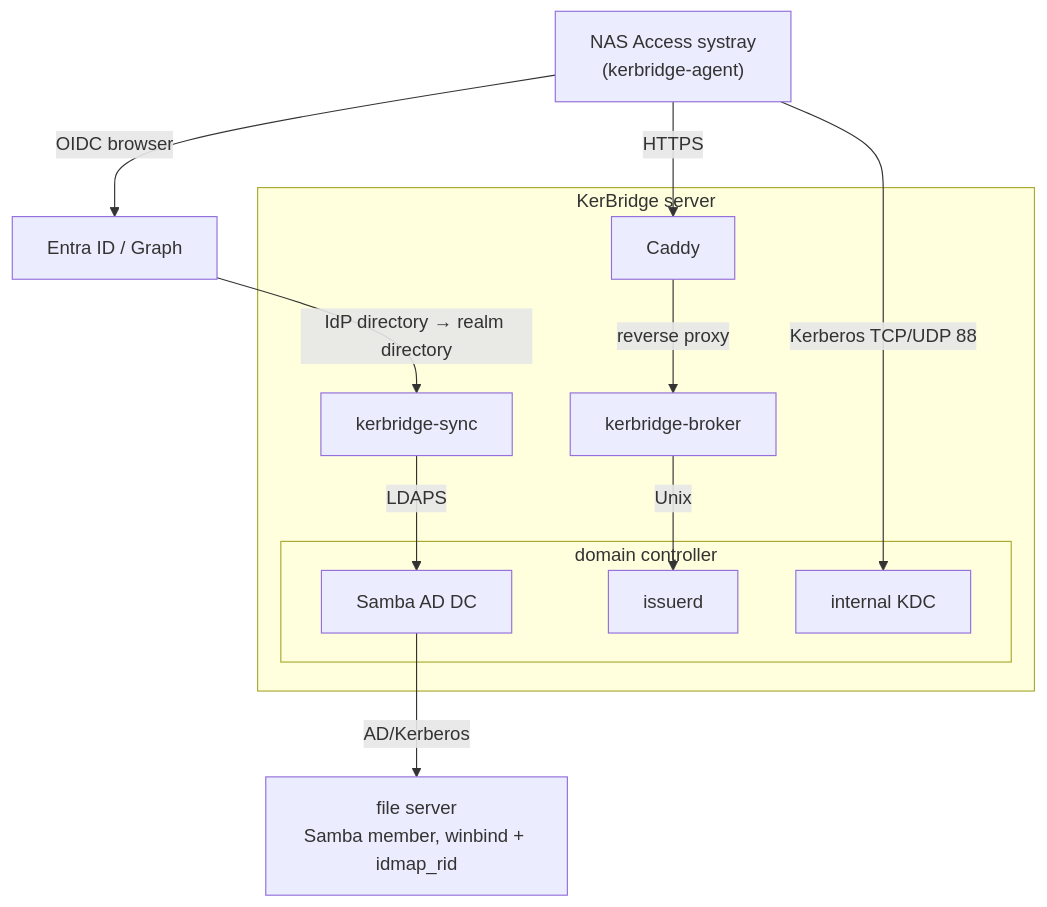
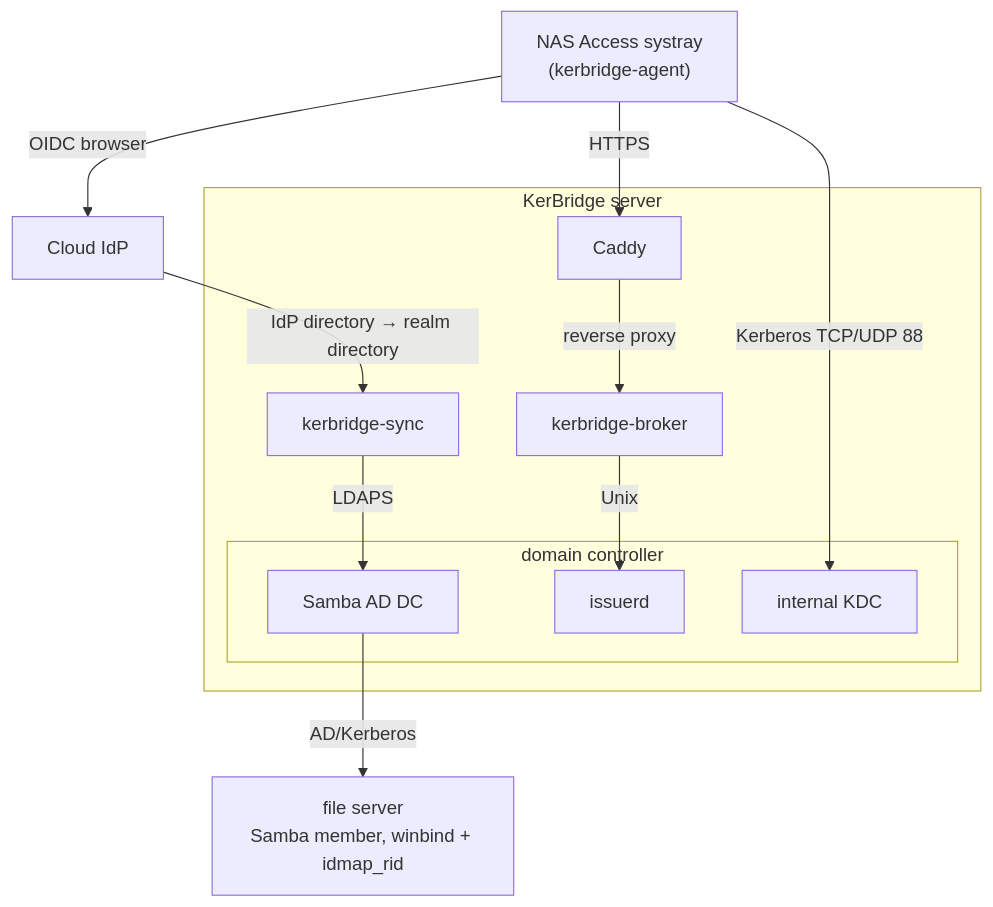
One commit to elonen/kerbridge changed the diagram in README.md. Above: the diagram before and after it, drawn with Mermaid. The commit also changed other lines of this file, not shown here.

````diff
--- a/README.md
+++ b/README.md
@@ -63,25 +68,25 @@
 ```mermaid
 flowchart TB
-  entra["Entra ID / Graph"]
+  entra["Cloud IdP"]
   wh["NAS Access systray\n(kerbridge-agent)"]
   subgraph linux["KerBridge server"]
     caddy["Caddy"]
     broker["kerbridge-broker"]
     sync["kerbridge-sync"]
     subgraph realm["domain controller"]
       dc["Samba AD DC"]
       iss["issuerd"]
       dns["internal KDC"]
     end
   end
   nas["file server<br/>Samba member, winbind + idmap_rid"]
 
   wh -->|"OIDC browser"| entra
   entra -->|"IdP directory → realm directory"| sync
   wh -->|"HTTPS"| caddy
   caddy -->|"reverse proxy"| broker
   broker -->|"Unix"| iss
   sync -->|"LDAPS"| dc
   wh -->|"Kerberos TCP/UDP 88"| dns
   dc -->|"AD/Kerberos"| nas
 ```
````
